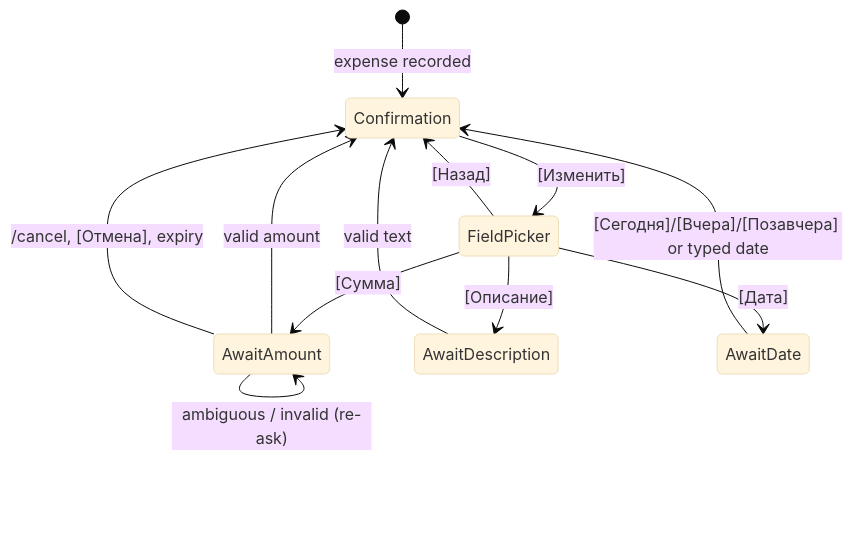
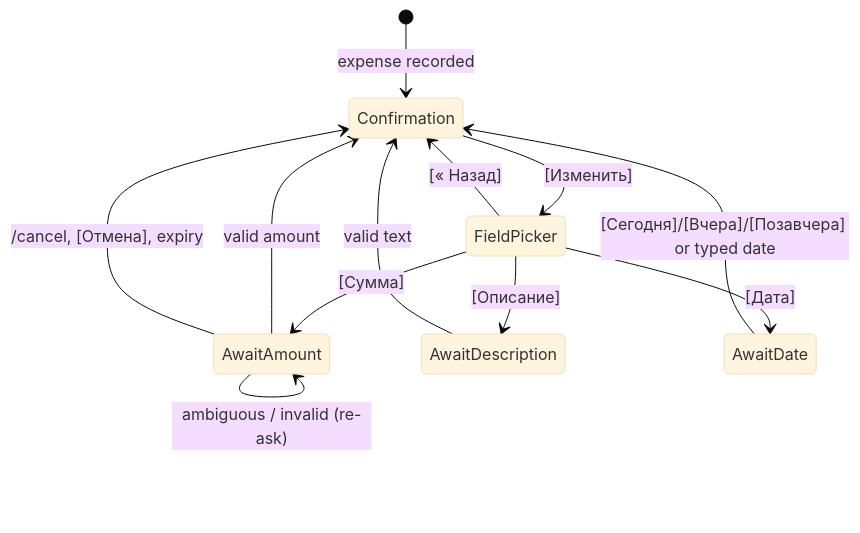
Before and after one commit to IgorKonovalov/personal_expenses_bot: the diagram in docs/plans/0004-dates-edit-summaries.md, drawn with Mermaid (base theme). The commit also changed other lines of this file and 8 other files, not shown here.

````diff
--- a/docs/plans/0004-dates-edit-summaries.md
+++ b/docs/plans/0004-dates-edit-summaries.md
@@ -50,14 +52,14 @@
 ```mermaid
 stateDiagram-v2
     [*] --> Confirmation: expense recorded
     Confirmation --> FieldPicker: [Изменить]
-    FieldPicker --> Confirmation: [Назад]
+    FieldPicker --> Confirmation: [« Назад]
     FieldPicker --> AwaitAmount: [Сумма]
     FieldPicker --> AwaitDescription: [Описание]
     FieldPicker --> AwaitDate: [Дата]
     AwaitDate --> Confirmation: [Сегодня]/[Вчера]/[Позавчера] or typed date
     AwaitAmount --> AwaitAmount: ambiguous / invalid (re-ask)
     AwaitAmount --> Confirmation: valid amount
     AwaitDescription --> Confirmation: valid text
     AwaitAmount --> Confirmation: /cancel, [Отмена], expiry
 ```
````
